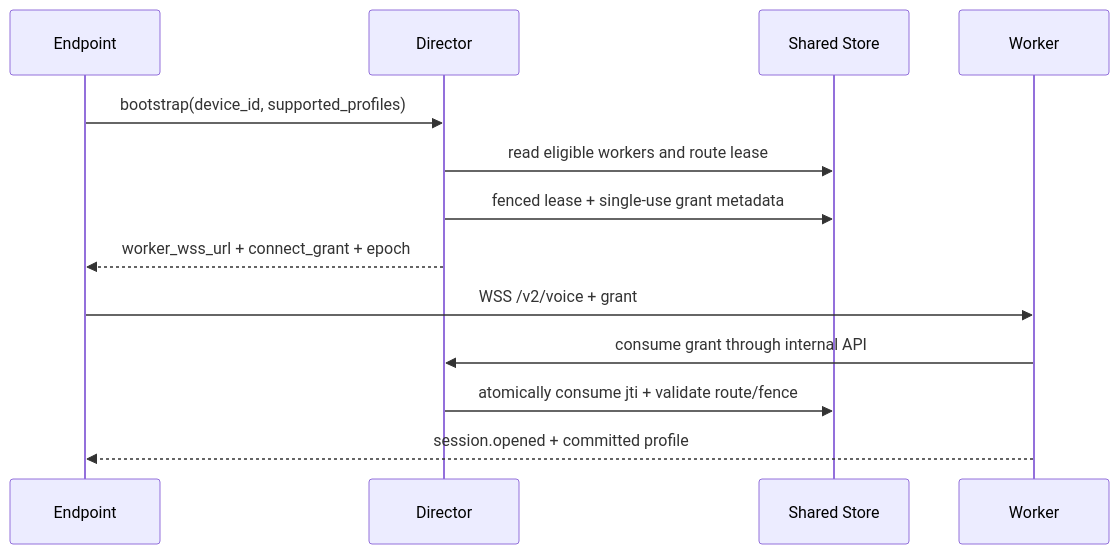
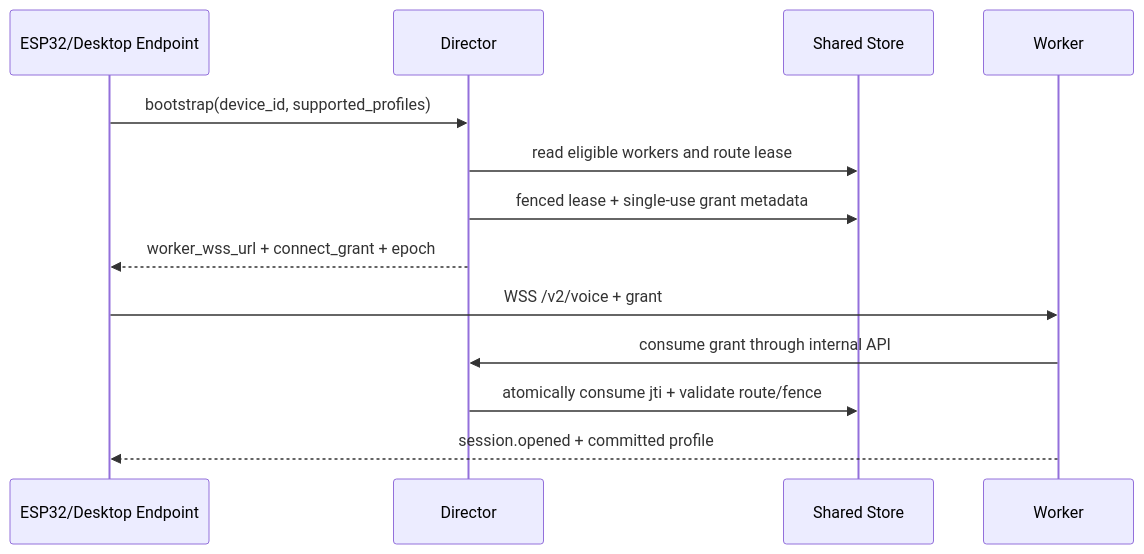
The second of 2 diagrams in docs/architecture/system.md (wuhuaha/realtime-voice-agent), drawn with Mermaid before and after one commit. The commit also changed other lines of this file and 51 other files, not shown here.

````diff
--- a/docs/architecture/system.md
+++ b/docs/architecture/system.md
@@ -67,15 +78,15 @@
 ```mermaid
 sequenceDiagram
-    participant E as Endpoint
+    participant E as ESP32/Desktop Endpoint
     participant D as Director
     participant S as Shared Store
     participant W as Worker
     E->>D: bootstrap(device_id, supported_profiles)
     D->>S: read eligible workers and route lease
     D->>S: fenced lease + single-use grant metadata
     D-->>E: worker_wss_url + connect_grant + epoch
     E->>W: WSS /v2/voice + grant
     W->>D: consume grant through internal API
     D->>S: atomically consume jti + validate route/fence
     W-->>E: session.opened + committed profile
 ```
````
